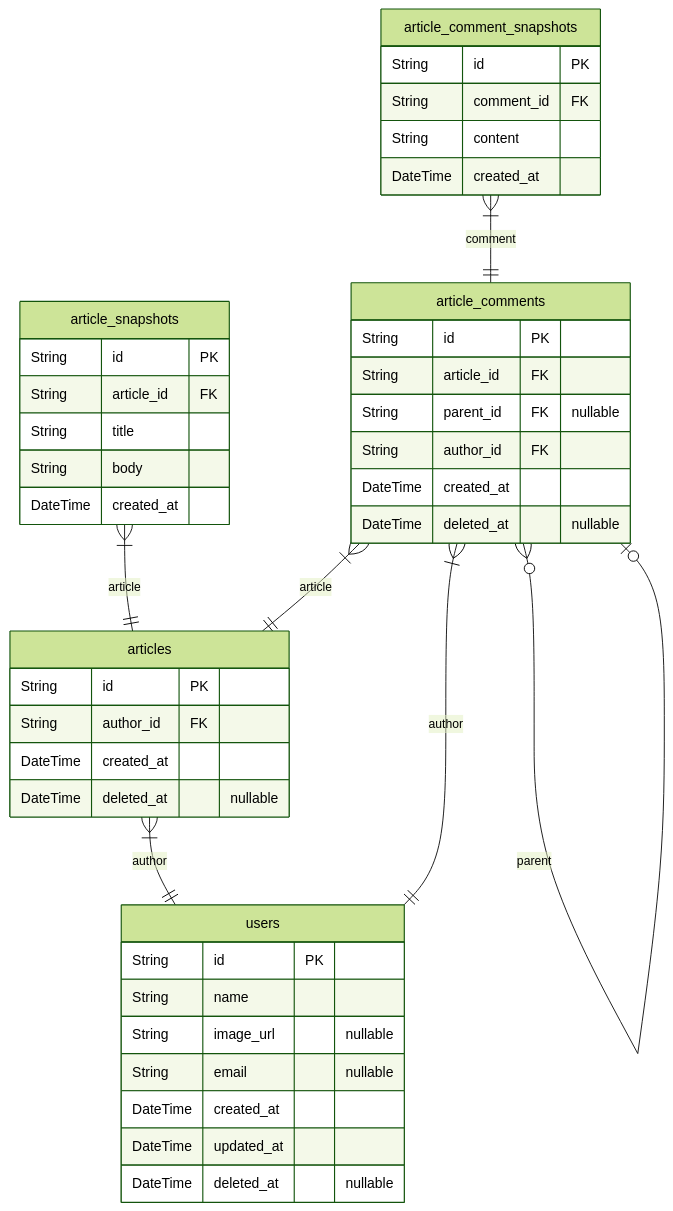
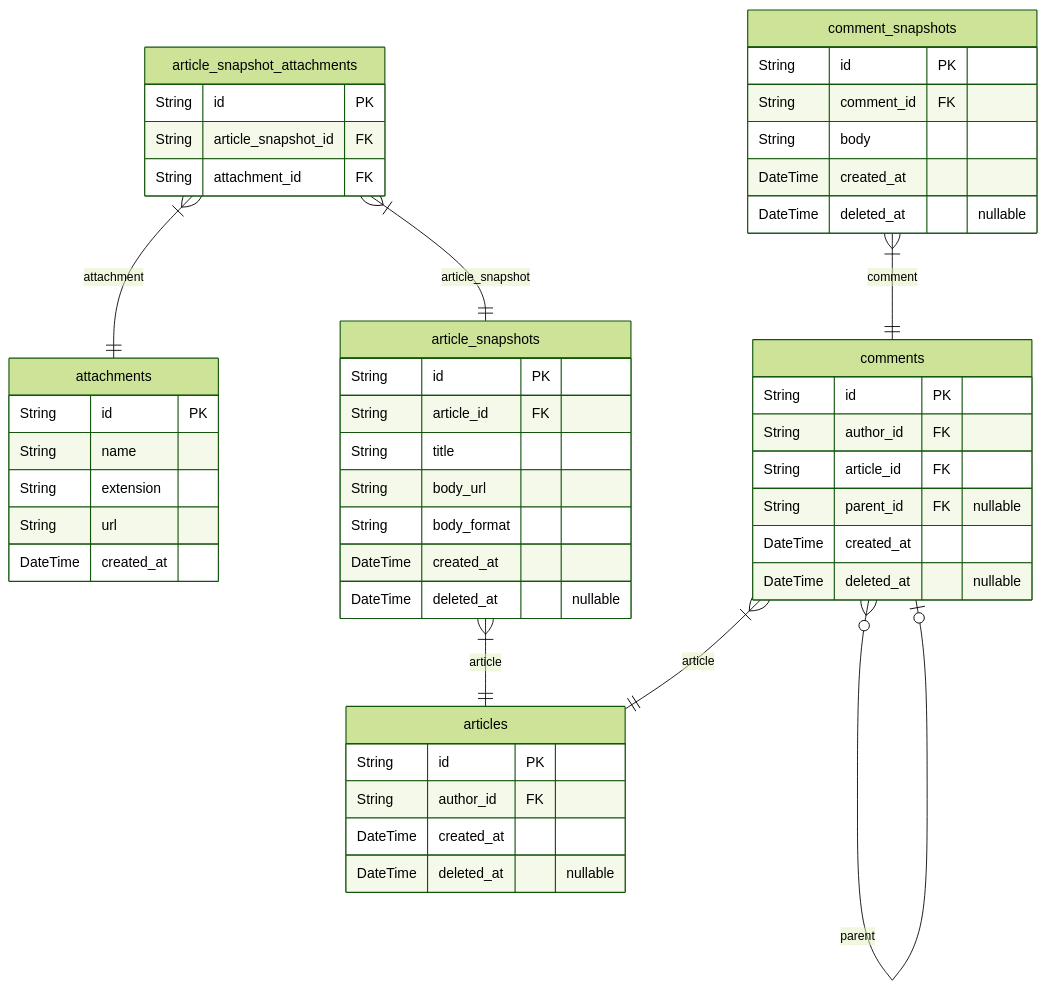
One commit to rojiwon123/bbs changed the first of 2 diagrams in ERD.md. Above: the diagram before and after it, drawn with Mermaid (forest theme). The commit also changed other lines of this file and 7 other files, not shown here.

````diff
--- a/ERD.md
+++ b/ERD.md
@@ -11,45 +10,51 @@
 ```mermaid
 erDiagram
-users {
+attachments {
     String id PK
     String name
-    String image_url "nullable"
-    String email "nullable"
+    String extension
+    String url
     DateTime created_at
-    DateTime updated_at
-    DateTime deleted_at "nullable"
 }
 articles {
     String id PK
     String author_id FK
     DateTime created_at
     DateTime deleted_at "nullable"
 }
 article_snapshots {
     String id PK
     String article_id FK
     String title
-    String body
-    DateTime created_at
-}
-article_comments {
-    String id PK
-    String article_id FK
-    String parent_id FK "nullable"
-    String author_id FK
+    String body_url
+    String body_format
     DateTime created_at
     DateTime deleted_at "nullable"
 }
-article_comment_snapshots {
+article_snapshot_attachments {
+    String id PK
+    String article_snapshot_id FK
+    String attachment_id FK
+}
+comments {
+    String id PK
+    String author_id FK
+    String article_id FK
+    String parent_id FK "nullable"
+    DateTime created_at
+    DateTime deleted_at "nullable"
+}
+comment_snapshots {
     String id PK
     String comment_id FK
-    String content
+    String body
     DateTime created_at
+    DateTime deleted_at "nullable"
 }
-articles }|--|| users : author
 article_snapshots }|--|| articles : article
-article_comments }|--|| articles : article
-article_comments }o--o| article_comments : parent
-article_comments }|--|| users : author
-article_comment_snapshots }|--|| article_comments : comment
+article_snapshot_attachments }|--|| article_snapshots : article_snapshot
+article_snapshot_attachments }|--|| attachments : attachment
+comments }|--|| articles : article
+comments }o--o| comments : parent
+comment_snapshots }|--|| comments : comment
 ```
````
